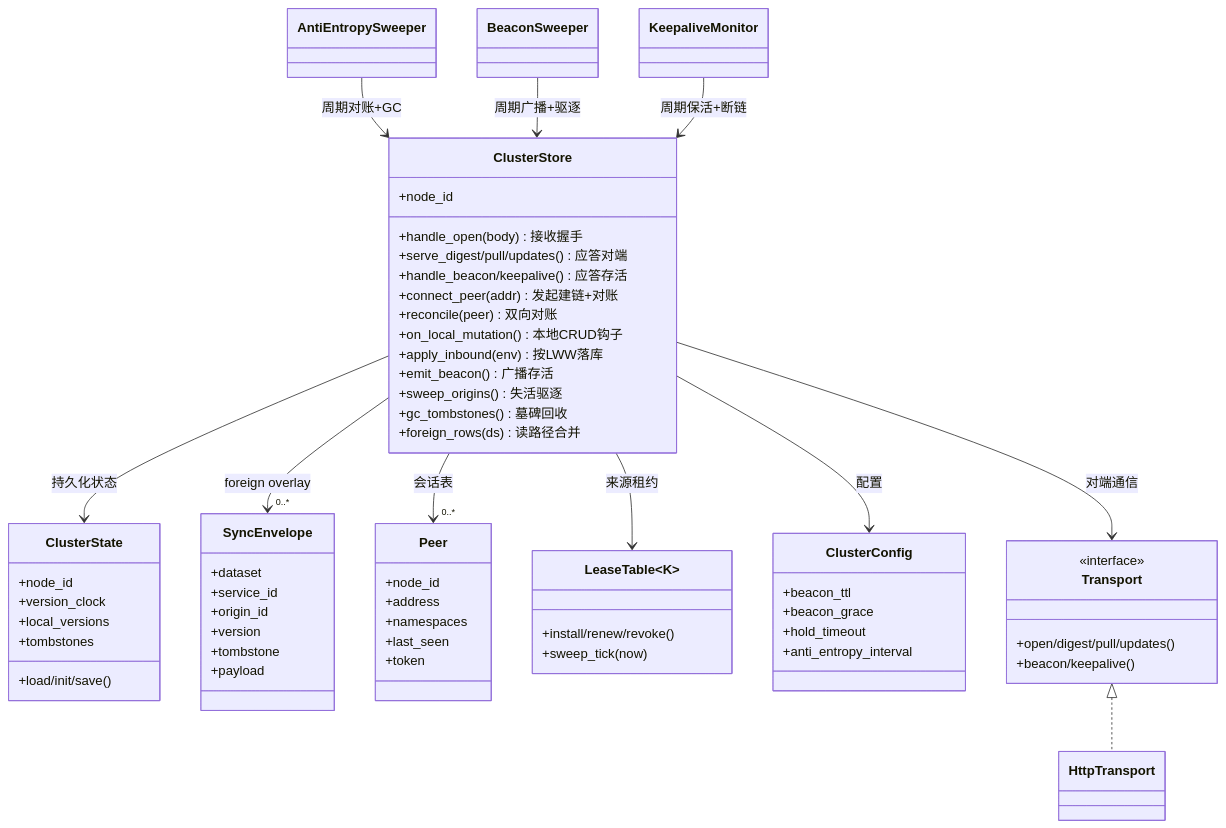
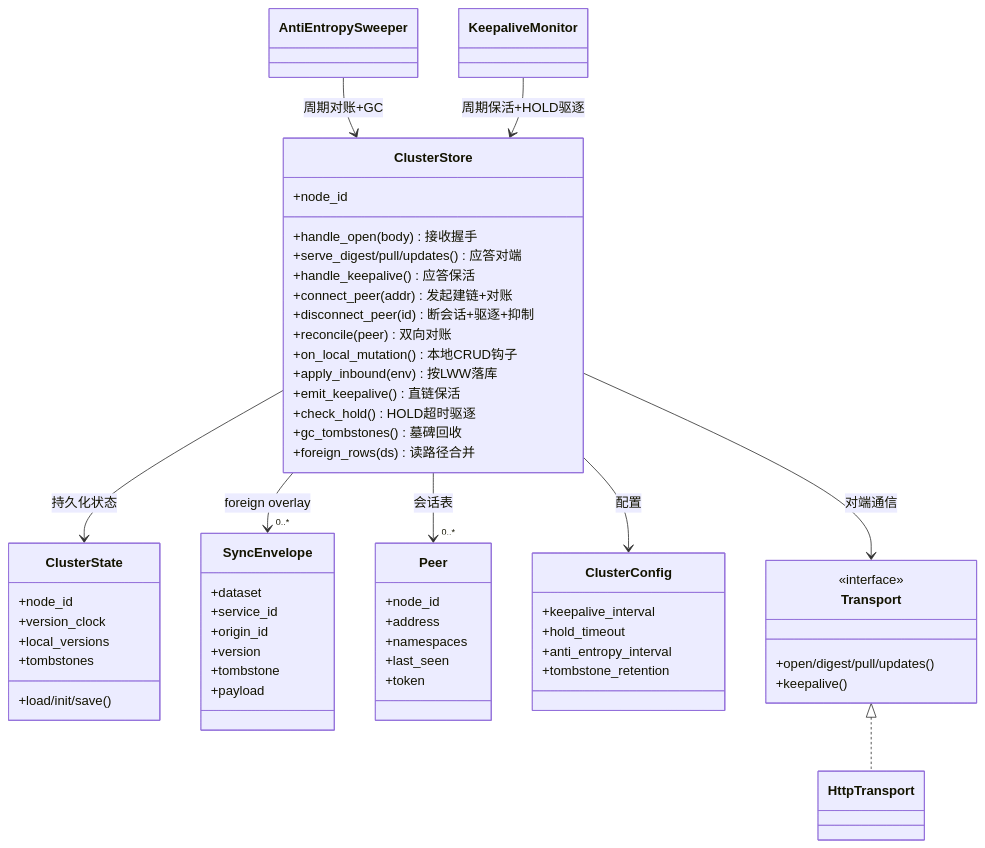
The sixth of 6 diagrams in docs/cluster_design.md (Weizheng96/A2X-registry), drawn with Mermaid before and after one commit. The commit also changed other lines of this file and 17 other files, not shown here.

First line of the commit message:
refactor(cluster): full-mesh direct broadcast; delete BEACON/relay/origin-lease

````diff
--- a/docs/cluster_design.md
+++ b/docs/cluster_design.md
@@ -166,69 +164,63 @@
 ```mermaid
 classDiagram
     class ClusterStore {
         +node_id
         +handle_open(body) 接收握手
         +serve_digest/pull/updates() 应答对端
-        +handle_beacon/keepalive() 应答存活
+        +handle_keepalive() 应答保活
         +connect_peer(addr) 发起建链+对账
+        +disconnect_peer(id) 断会话+驱逐+抑制
         +reconcile(peer) 双向对账
         +on_local_mutation() 本地CRUD钩子
         +apply_inbound(env) 按LWW落库
-        +emit_beacon() 广播存活
-        +sweep_origins() 失活驱逐
+        +emit_keepalive() 直链保活
+        +check_hold() HOLD超时驱逐
         +gc_tombstones() 墓碑回收
         +foreign_rows(ds) 读路径合并
     }
     class ClusterState {
         +node_id
         +version_clock
         +local_versions
         +tombstones
         +load/init/save()
     }
     class SyncEnvelope {
         +dataset
         +service_id
         +origin_id
         +version
         +tombstone
         +payload
     }
     class Peer {
         +node_id
         +address
         +namespaces
         +last_seen
         +token
     }
-    class LeaseTable~K~ {
-        +install/renew/revoke()
-        +sweep_tick(now)
-    }
     class ClusterConfig {
-        +beacon_ttl
-        +beacon_grace
+        +keepalive_interval
         +hold_timeout
         +anti_entropy_interval
+        +tombstone_retention
     }
     class Transport {
         <<interface>>
         +open/digest/pull/updates()
-        +beacon/keepalive()
+        +keepalive()
     }
     class HttpTransport
     class AntiEntropySweeper
-    class BeaconSweeper
     class KeepaliveMonitor
 
     ClusterStore --> ClusterState : 持久化状态
     ClusterStore --> "0..*" Peer : 会话表
     ClusterStore --> "0..*" SyncEnvelope : foreign overlay
-    ClusterStore --> LeaseTable : 来源租约
     ClusterStore --> ClusterConfig : 配置
     ClusterStore --> Transport : 对端通信
     Transport <|.. HttpTransport
     AntiEntropySweeper --> ClusterStore : 周期对账+GC
-    BeaconSweeper --> ClusterStore : 周期广播+驱逐
-    KeepaliveMonitor --> ClusterStore : 周期保活+断链
+    KeepaliveMonitor --> ClusterStore : 周期保活+HOLD驱逐
 ```
````
